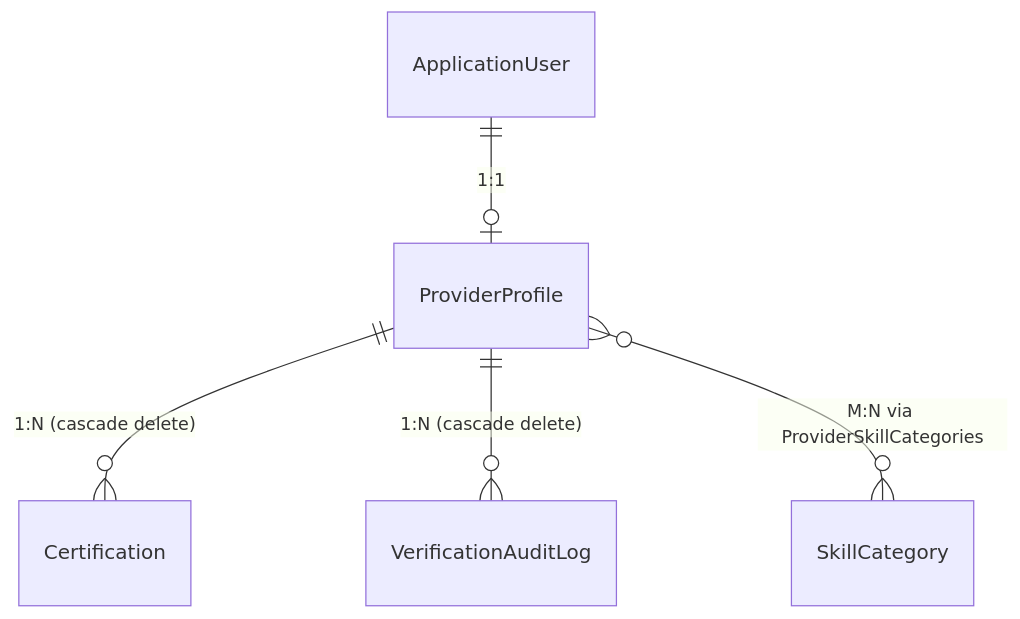
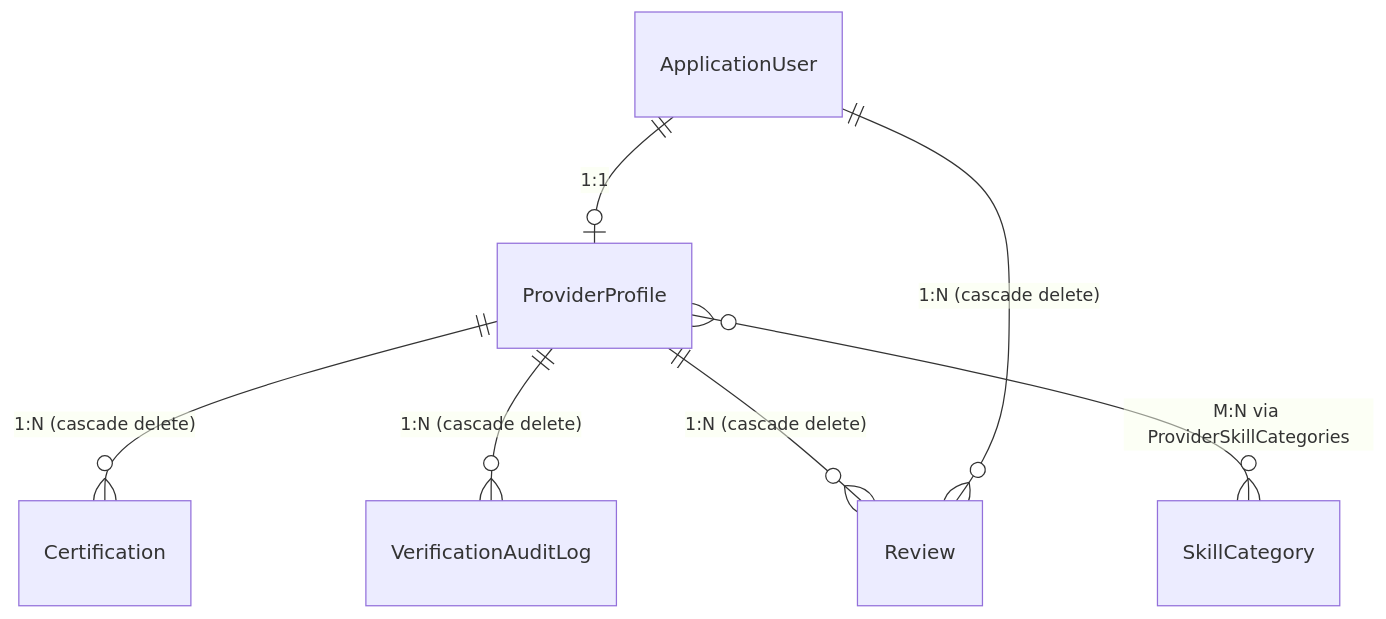
Before and after one commit to MovinduLochana/handee: the second of 3 diagrams in src/backend/handee.Api/docs/provider_component.md, drawn with Mermaid. The commit also changed other lines of this file, not shown here.

First line of the commit message:
Docs: Add Reviews & admin cert-review endpoint

````diff
--- a/src/backend/handee.Api/docs/provider_component.md
+++ b/src/backend/handee.Api/docs/provider_component.md
@@ -91,7 +91,9 @@
 ```mermaid
 erDiagram
     ApplicationUser ||--o| ProviderProfile : "1:1"
     ProviderProfile ||--o{ Certification : "1:N (cascade delete)"
     ProviderProfile ||--o{ VerificationAuditLog : "1:N (cascade delete)"
+    ProviderProfile ||--o{ Review : "1:N (cascade delete)"
+    ApplicationUser ||--o{ Review : "1:N (cascade delete)"
     ProviderProfile }o--o{ SkillCategory : "M:N via ProviderSkillCategories"
 ```
````
